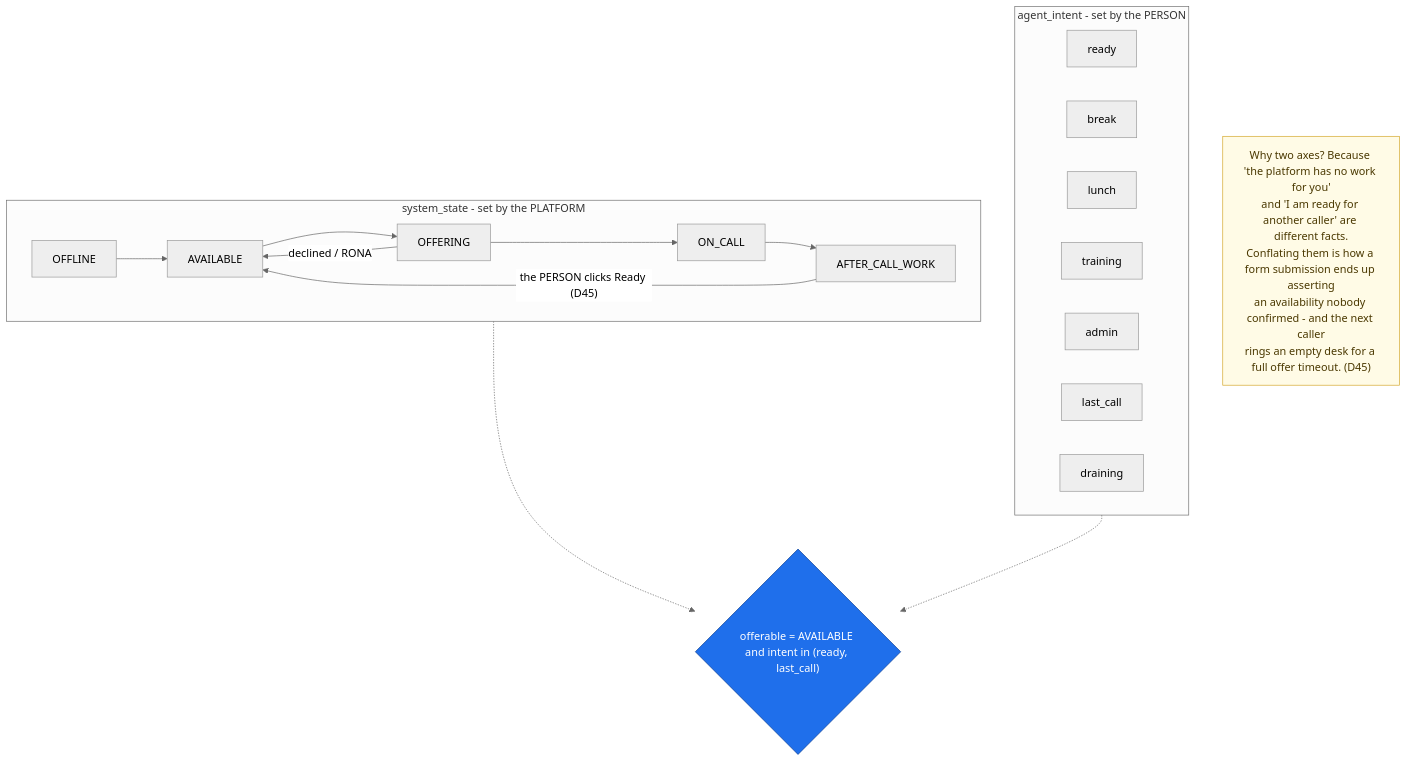
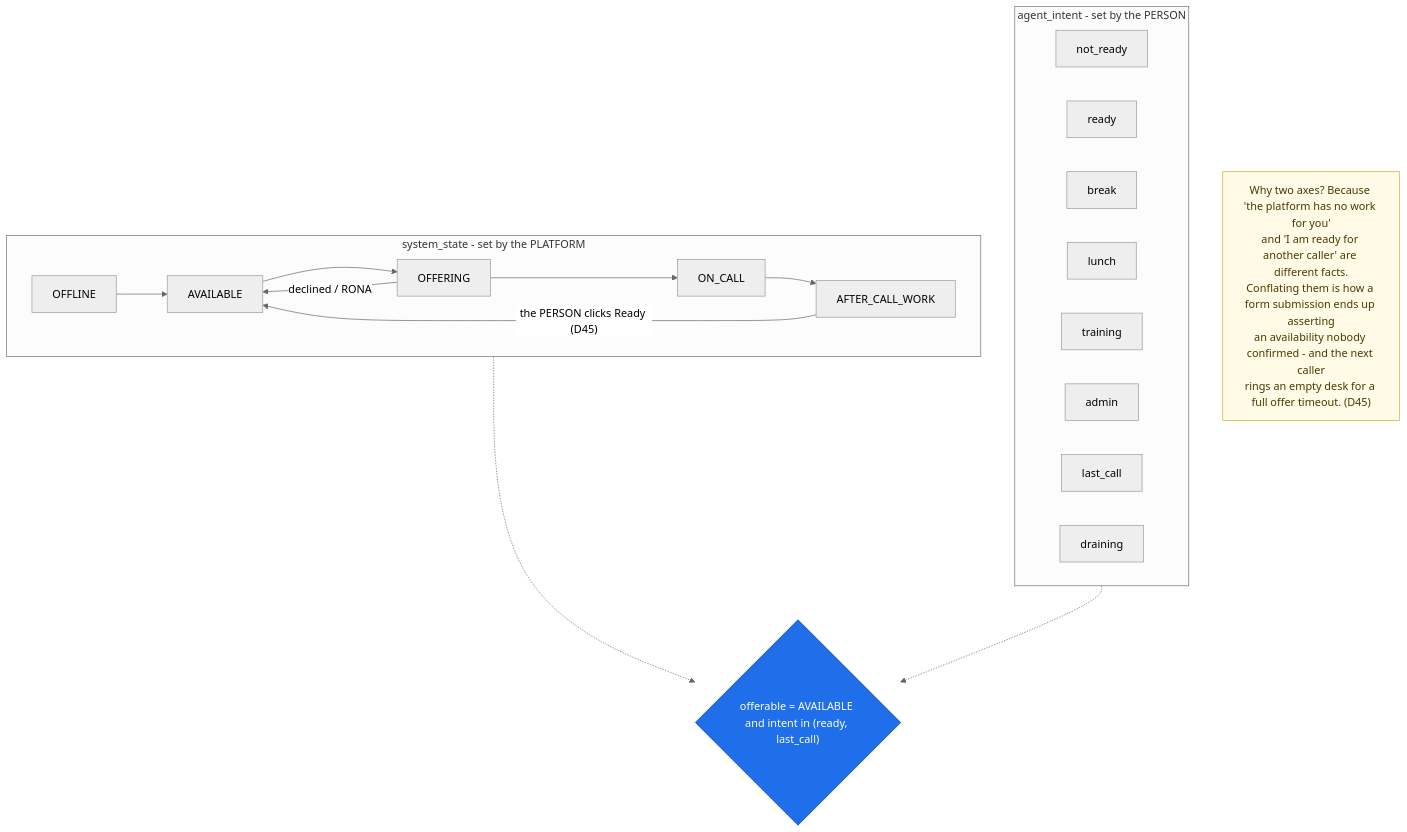
The diagram in docs/diagrams/src/agent_state.mmd (anakom-suvonvorn/Krungsri-ReadyCall), drawn with Mermaid (neutral theme) before and after one commit. The commit also changed 25 other files, not shown here.

```diff
--- a/docs/diagrams/src/agent_state.mmd
+++ b/docs/diagrams/src/agent_state.mmd
@@ -1,31 +1,32 @@
 %% GENERATED by scripts/gen_diagrams.py - do not edit by hand.
 %% Source of truth: readycall.domain.enums.AgentSystemState + AgentIntent (D33, D45)
 flowchart TB
     subgraph sys["system_state - set by the PLATFORM"]
         direction LR
         OFFLINE --> AVAILABLE
         AVAILABLE --> OFFERING
         OFFERING --> ON_CALL
         ON_CALL --> AFTER_CALL_WORK
         AFTER_CALL_WORK -- "the PERSON clicks Ready (D45)" --> AVAILABLE
         OFFERING -- declined / RONA --> AVAILABLE
     end
     subgraph person["agent_intent - set by the PERSON"]
         direction LR
+        I_NOT_READY["not_ready"]
         I_READY["ready"]
         I_BREAK["break"]
         I_LUNCH["lunch"]
         I_TRAINING["training"]
         I_ADMIN["admin"]
         I_LAST_CALL["last_call"]
         I_DRAINING["draining"]
     end
     sys -.-> ELIGIBLE{"offerable = AVAILABLE and intent in (ready, last_call)"}:::gate
     person -.-> ELIGIBLE
     NOTE["Why two axes? Because 'the platform has no work for you'
 and 'I am ready for another caller' are different facts.
 Conflating them is how a form submission ends up asserting
 an availability nobody confirmed - and the next caller
 rings an empty desk for a full offer timeout. (D45)"]:::note
     classDef gate fill:#1f6feb,stroke:#0b3d91,color:#fff
     classDef note fill:#fffbe6,stroke:#d4a72c,color:#4a3800
```
